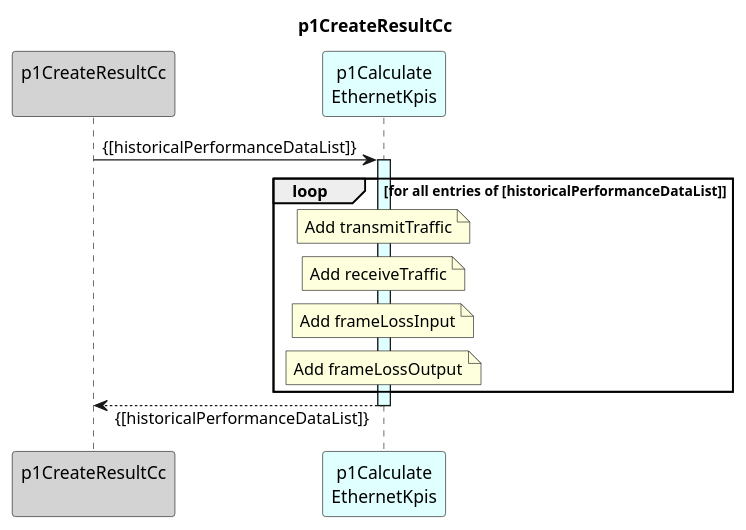
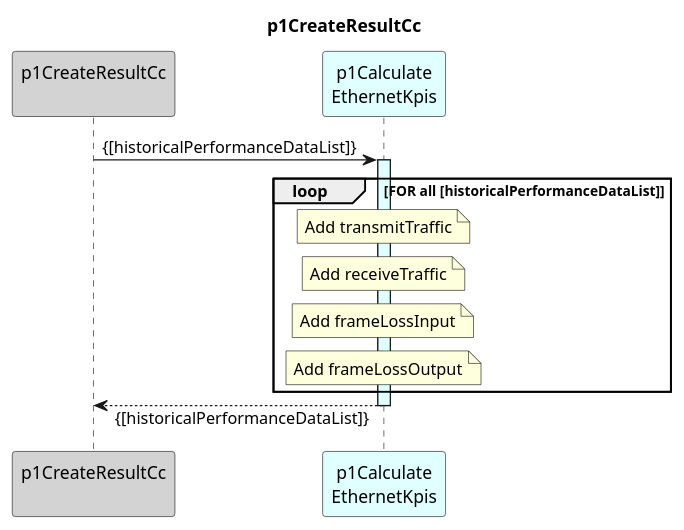
Before and after one commit to openBackhaul/DevicePerformanceManagementDataProcessor: the diagram in spec/Functions/specificFunctions/p1StreamPmData/p1ProcessDevice/p1CreateResultCc/p1CalculateEthernetKpis/1.0.0/p1CalculateEthernetKpis.plantuml, drawn with PlantUML. The commit also changed 21 other files, not shown here.

```diff
--- a/spec/Functions/specificFunctions/p1StreamPmData/p1ProcessDevice/p1CreateResultCc/p1CalculateEthernetKpis/1.0.0/p1CalculateEthernetKpis.plantuml
+++ b/spec/Functions/specificFunctions/p1StreamPmData/p1ProcessDevice/p1CreateResultCc/p1CalculateEthernetKpis/1.0.0/p1CalculateEthernetKpis.plantuml
@@ -1,39 +1,39 @@
 @startuml p1CreateResultCc
 skinparam responseMessageBelowArrow true
 
 title
   p1CreateResultCc
 end title
 
 participant "p1CreateResultCc\n" as requestor #LightGrey
 participant "p1Calculate\nEthernetKpis" as ethKpis #LightCyan
 
 requestor -> ethKpis : {[historicalPerformanceDataList]}
 activate ethKpis #LightCyan
 
-  loop for all entries of [historicalPerformanceDataList]
+  loop FOR all [historicalPerformanceDataList]
 
     note over ethKpis
       Add transmitTraffic
     end note
 
     note over ethKpis
       Add receiveTraffic
     end note
 
     note over ethKpis
       Add frameLossInput
     end note
 
     note over ethKpis
       Add frameLossOutput
     end note
 
   end loop
 
 requestor <-- ethKpis : {[historicalPerformanceDataList]}
 deactivate ethKpis
 
 deactivate requestor
 
 @enduml
```
